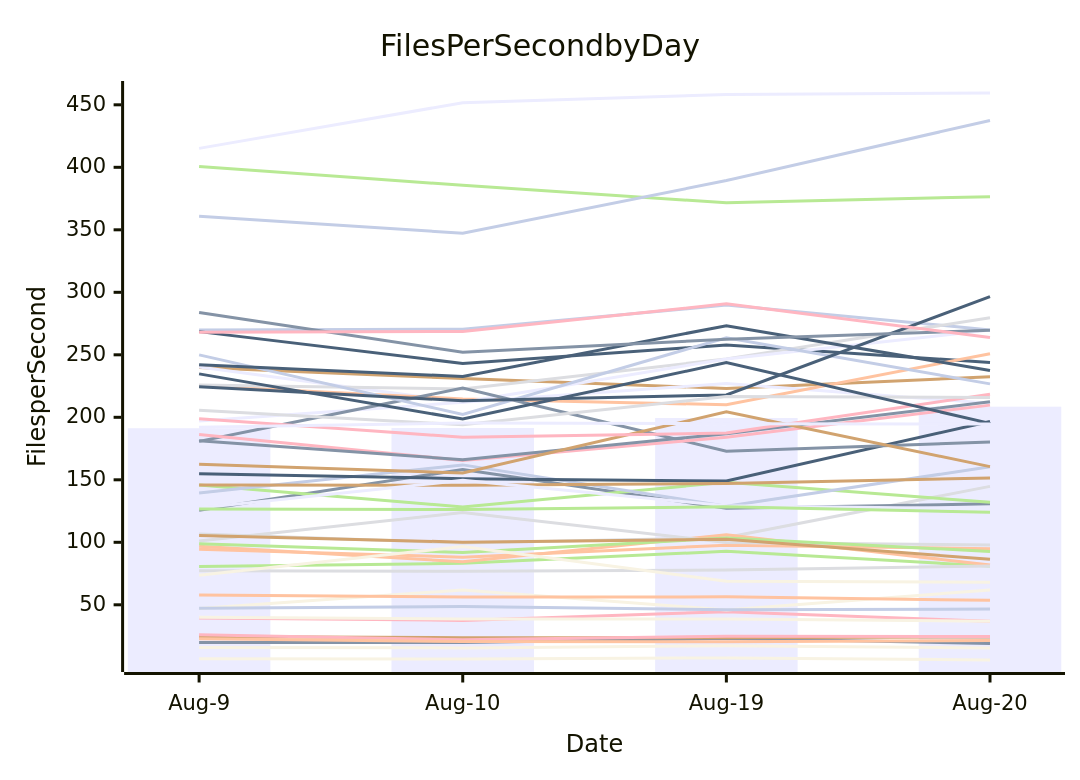
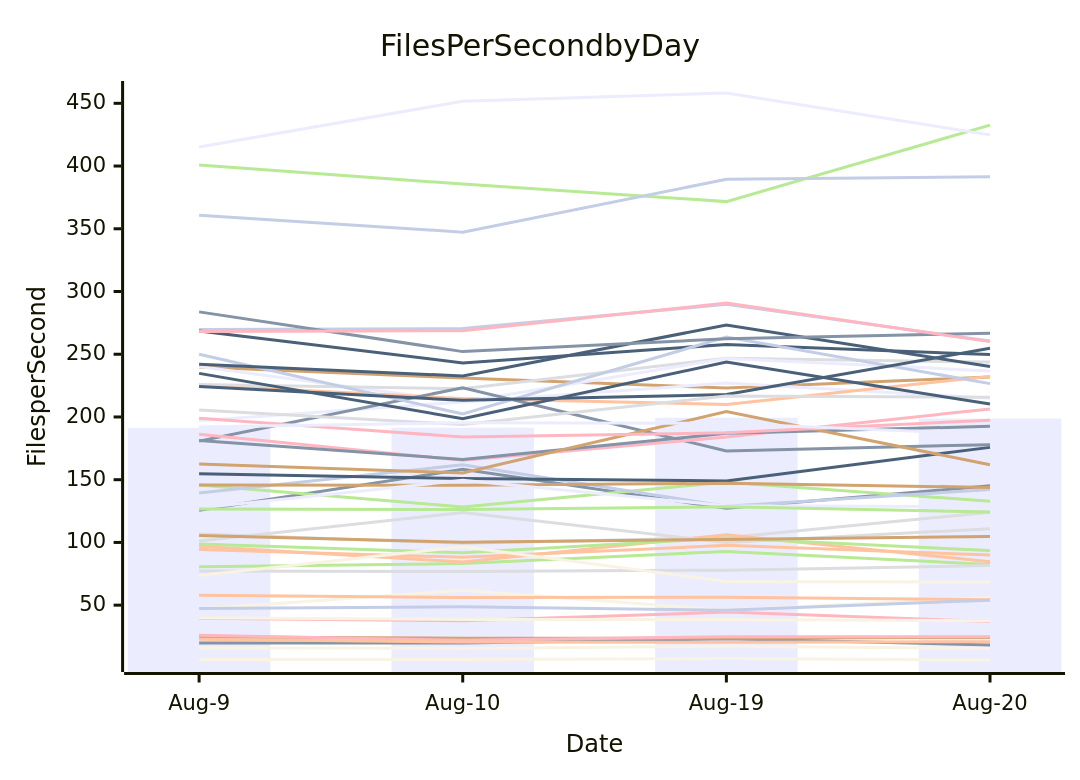
Before and after one commit to streetsidesoftware/cspell: the diagram in perf-report.md, drawn with Mermaid. The commit also changed other lines of this file and 2 other files, not shown here.

````diff
--- a/perf-report.md
+++ b/perf-report.md
@@ -11,57 +11,57 @@
 ```mermaid
 xychart-beta
     title Files Per Second by Day
     y-axis Files per Second
     x-axis Date [Aug-9, Aug-10, Aug-19, Aug-20]
-    bar [191.27, 191.48, 199.45, 208.52]
-    line [19.76, 19.87, 23.15, 19.04]
-    line [94.45, 88.13, 97.66, 94.89]
-    line [106.66, 99.38, 103.80, 144.75]
-    line [80.61, 83.15, 92.81, 81.01]
-    line [239.79, 231.09, 223.10, 232.36]
-    line [269.81, 270.47, 289.77, 269.92]
-    line [39.52, 37.52, 44.46, 36.81]
-    line [268.54, 243.09, 257.77, 243.92]
-    line [6.78, 6.60, 7.51, 5.84]
-    line [240.17, 211.99, 227.00, 211.19]
-    line [125.68, 158.27, 127.25, 130.78]
-    line [225.24, 214.74, 210.02, 250.92]
-    line [225.91, 222.58, 246.74, 279.67]
-    line [145.75, 128.32, 148.05, 132.04]
-    line [24.65, 23.72, 23.68, 24.30]
-    line [139.45, 161.93, 128.87, 160.40]
-    line [25.95, 22.03, 24.86, 24.69]
-    line [154.75, 150.93, 149.02, 196.70]
-    line [15.80, 15.53, 17.25, 15.41]
-    line [196.97, 211.99, 246.59, 269.75]
-    line [180.75, 223.35, 172.94, 180.24]
-    line [96.93, 84.41, 106.12, 81.83]
-    line [77.16, 76.75, 77.91, 81.10]
-    line [400.74, 385.62, 371.65, 376.49]
-    line [145.79, 145.58, 147.10, 151.45]
-    line [249.96, 202.34, 263.67, 226.73]
-    line [186.27, 165.43, 184.07, 209.75]
-    line [224.37, 213.27, 217.89, 296.52]
-    line [47.00, 61.84, 45.89, 61.87]
-    line [127.47, 149.55, 129.16, 126.70]
-    line [181.18, 166.12, 186.93, 212.37]
-    line [57.90, 56.15, 56.35, 53.55]
-    line [101.07, 123.80, 99.87, 97.86]
-    line [98.84, 91.76, 103.43, 92.70]
-    line [162.48, 155.40, 204.32, 160.56]
-    line [360.76, 347.31, 389.41, 437.50]
-    line [198.91, 184.05, 187.41, 218.48]
-    line [242.10, 232.62, 273.32, 237.49]
-    line [73.60, 96.61, 68.89, 68.01]
-    line [415.14, 451.69, 458.22, 459.45]
-    line [283.77, 252.09, 262.36, 269.59]
-    line [22.84, 20.59, 20.47, 21.45]
-    line [205.56, 193.98, 216.67, 215.89]
-    line [126.64, 126.17, 128.45, 124.08]
-    line [105.46, 100.11, 102.43, 86.41]
-    line [47.26, 48.66, 46.00, 46.59]
-    line [268.09, 268.70, 290.78, 263.80]
-    line [234.76, 198.61, 243.75, 195.15]
-    line [39.98, 38.63, 38.64, 36.85]
-    line [192.03, 195.48, 194.87, 194.56]
+    bar [191.27, 191.48, 199.45, 198.70]
+    line [19.76, 19.87, 23.15, 18.24]
+    line [94.45, 88.13, 97.66, 89.92]
+    line [106.66, 99.38, 103.80, 123.97]
+    line [80.61, 83.15, 92.81, 82.48]
+    line [239.79, 231.09, 223.10, 231.83]
+    line [269.81, 270.47, 289.77, 260.54]
+    line [39.52, 37.52, 44.46, 36.89]
+    line [268.54, 243.09, 257.77, 249.70]
+    line [6.78, 6.60, 7.51, 6.29]
+    line [240.17, 211.99, 227.00, 214.88]
+    line [125.68, 158.27, 127.25, 145.10]
+    line [225.24, 214.74, 210.02, 232.36]
+    line [225.91, 222.58, 246.74, 243.72]
+    line [145.75, 128.32, 148.05, 132.83]
+    line [24.65, 23.72, 23.68, 24.26]
+    line [139.45, 161.93, 128.87, 142.09]
+    line [25.95, 22.03, 24.86, 24.78]
+    line [154.75, 150.93, 149.02, 175.77]
+    line [15.80, 15.53, 17.25, 15.48]
+    line [196.97, 211.99, 246.59, 236.71]
+    line [180.75, 223.35, 172.94, 177.94]
+    line [96.93, 84.41, 106.12, 84.58]
+    line [77.16, 76.75, 77.91, 81.52]
+    line [400.74, 385.62, 371.65, 432.64]
+    line [145.79, 145.58, 147.10, 143.88]
+    line [249.96, 202.34, 263.67, 226.57]
+    line [186.27, 165.43, 184.07, 206.40]
+    line [224.37, 213.27, 217.89, 254.71]
+    line [47.00, 61.84, 45.89, 55.99]
+    line [127.47, 149.55, 129.16, 128.41]
+    line [181.18, 166.12, 186.93, 192.56]
+    line [57.90, 56.15, 56.35, 54.23]
+    line [101.07, 123.80, 99.87, 110.88]
+    line [98.84, 91.76, 103.43, 93.53]
+    line [162.48, 155.40, 204.32, 161.89]
+    line [360.76, 347.31, 389.41, 391.44]
+    line [198.91, 184.05, 187.41, 197.46]
+    line [242.10, 232.62, 273.32, 240.24]
+    line [73.60, 96.61, 68.89, 68.28]
+    line [415.14, 451.69, 458.22, 424.83]
+    line [283.77, 252.09, 262.36, 266.73]
+    line [22.84, 20.59, 20.47, 20.90]
+    line [205.56, 193.98, 216.67, 215.69]
+    line [126.64, 126.17, 128.45, 124.32]
+    line [105.46, 100.11, 102.43, 104.67]
+    line [47.26, 48.66, 46.00, 53.97]
+    line [268.09, 268.70, 290.78, 260.05]
+    line [234.76, 198.61, 243.75, 210.26]
+    line [39.98, 38.63, 38.64, 37.48]
+    line [192.03, 195.48, 194.87, 186.15]
 ```
````
